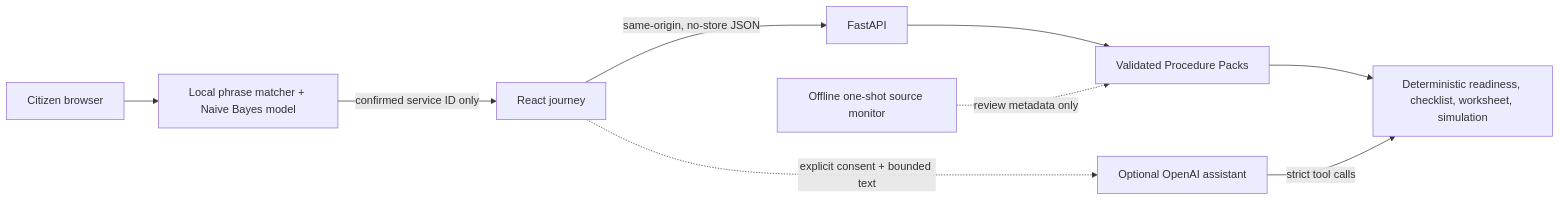
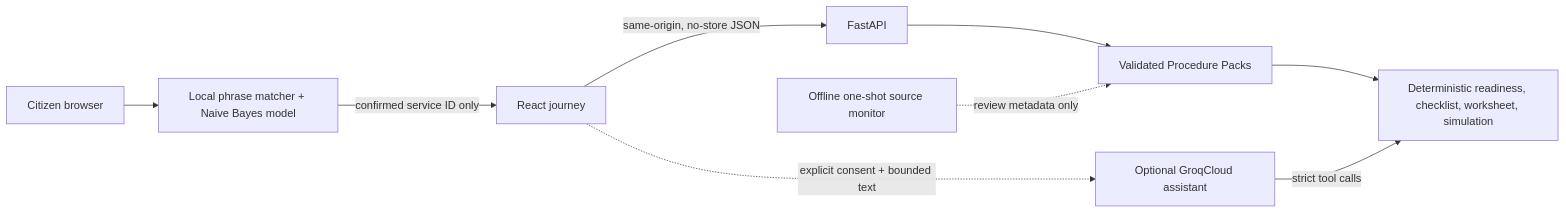
One commit to ima-a/Sahayi changed the diagram in README.md. Above: the diagram before and after it, drawn with Mermaid. The commit also changed other lines of this file and 23 other files, not shown here.

````diff
--- a/README.md
+++ b/README.md
@@ -32,11 +32,11 @@
 ```mermaid
 flowchart LR
     C[Citizen browser] --> L[Local phrase matcher + Naive Bayes model]
     L -->|confirmed service ID only| UI[React journey]
     UI -->|same-origin, no-store JSON| API[FastAPI]
     API --> P[Validated Procedure Packs]
     P --> R[Deterministic readiness, checklist, worksheet, simulation]
-    UI -. explicit consent + bounded text .-> A[Optional OpenAI assistant]
+    UI -. explicit consent + bounded text .-> A[Optional GroqCloud assistant]
     A -->|strict tool calls| R
     M[Offline one-shot source monitor] -. review metadata only .-> P
 ```
````
